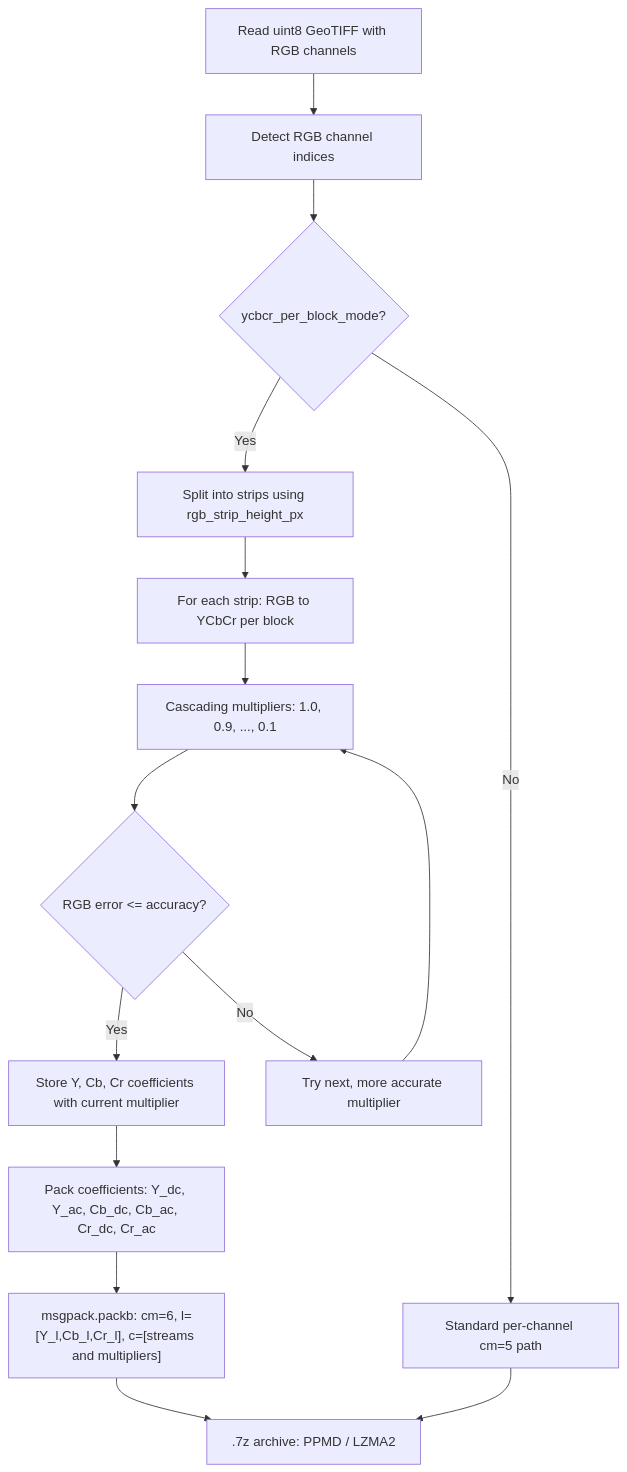
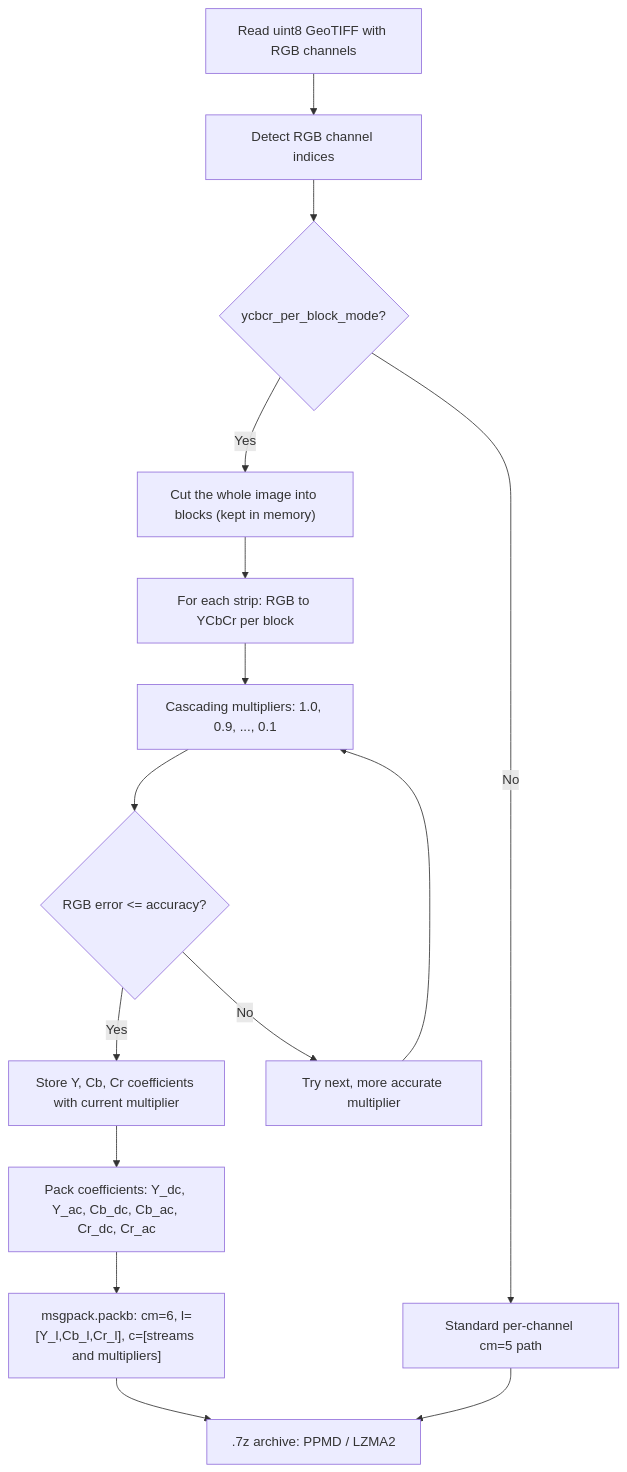
The fourth of 10 diagrams in README.md (qkq74/FIDWAC-V2), drawn with Mermaid before and after one commit. The commit also changed other lines of this file and 757 other files, not shown here.

````diff
--- a/README.md
+++ b/README.md
@@ -350,17 +641,17 @@
 ```mermaid
 graph TB
     A["Read uint8 GeoTIFF with RGB channels"] --> B["Detect RGB channel indices"]
     B --> C{"ycbcr_per_block_mode?"}
-    C -->|Yes| C2["Split into strips using rgb_strip_height_px"]
+    C -->|Yes| C2["Cut the whole image into blocks (kept in memory)"]
     C -->|No| C3["Standard per-channel cm=5 path"]
     C2 --> D["For each strip: RGB to YCbCr per block"]
     D --> E["Cascading multipliers: 1.0, 0.9, ..., 0.1"]
     E --> F{"RGB error <= accuracy?"}
     F -->|Yes| F2["Store Y, Cb, Cr coefficients with current multiplier"]
     F -->|No| F3["Try next, more accurate multiplier"]
     F3 --> E
     F2 --> G["Pack coefficients: Y_dc, Y_ac, Cb_dc, Cb_ac, Cr_dc, Cr_ac"]
     G --> H["msgpack.packb: cm=6, l=[Y_l,Cb_l,Cr_l], c=[streams and multipliers]"]
     H --> I[".7z archive: PPMD / LZMA2"]
     C3 --> I
 ```
````
